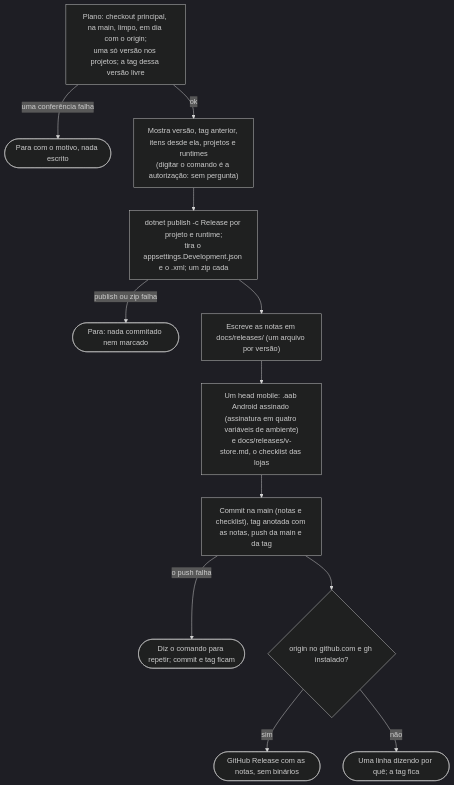
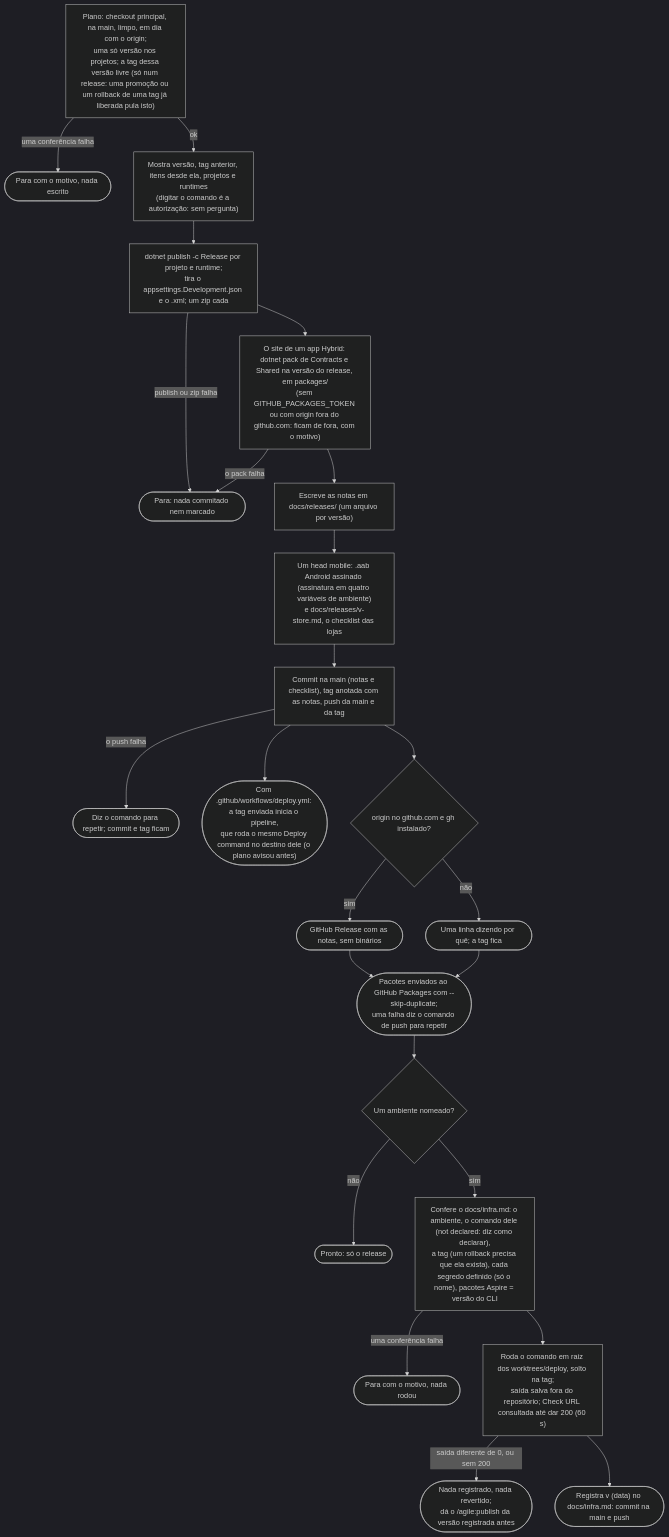
Before and after one commit to alexcanario/simulab: diagram 20 of 20 in docs/agile/workflow.pt-BR.md, drawn with Mermaid (dark theme). The commit also changed other lines of this file and 11 other files, not shown here.

````diff
--- a/docs/agile/workflow.pt-BR.md
+++ b/docs/agile/workflow.pt-BR.md
@@ -2307,14 +2519,26 @@
 ```mermaid
 flowchart TD
-    A["Plano: checkout principal, na main, limpo, em dia com o origin;<br/>uma só versão nos projetos; a tag dessa versão livre"] -->|"uma conferência falha"| A1(["Para com o motivo, nada escrito"])
+    A["Plano: checkout principal, na main, limpo, em dia com o origin;<br/>uma só versão nos projetos; a tag dessa versão livre (só num release: uma promoção ou um rollback de uma tag já liberada pula isto)"] -->|"uma conferência falha"| A1(["Para com o motivo, nada escrito"])
     A -->|ok| B["Mostra versão, tag anterior, itens desde ela, projetos e runtimes<br/>(digitar o comando é a autorização: sem pergunta)"]
     B --> C["dotnet publish -c Release por projeto e runtime;<br/>tira o appsettings.Development.json e o .xml; um zip cada"]
     C -->|"publish ou zip falha"| C1(["Para: nada commitado nem marcado"])
-    C --> D["Escreve as notas em docs/releases/ (um arquivo por versão)"]
+    C --> C2["O site de um app Hybrid: dotnet pack de Contracts e Shared na versão do release, em packages/<br/>(sem GITHUB_PACKAGES_TOKEN ou com origin fora do github.com: ficam de fora, com o motivo)"]
+    C2 -->|"o pack falha"| C1
+    C2 --> D["Escreve as notas em docs/releases/ (um arquivo por versão)"]
     D --> D2["Um head mobile: .aab Android assinado (assinatura em quatro variáveis de ambiente)<br/>e docs/releases/v<Versão>-store.md, o checklist das lojas"]
     D2 --> E["Commit na main (notas e checklist), tag anotada com as notas, push da main e da tag"]
     E -->|"o push falha"| E1(["Diz o comando para repetir; commit e tag ficam"])
+    E --> E2(["Com .github/workflows/deploy.yml: a tag enviada inicia o pipeline,<br/>que roda o mesmo Deploy command no destino dele (o plano avisou antes)"])
     E --> F{"origin no github.com e gh instalado?"}
     F -->|sim| G(["GitHub Release com as notas, sem binários"])
     F -->|não| H(["Uma linha dizendo por quê; a tag fica"])
+    G --> I(["Pacotes enviados ao GitHub Packages com --skip-duplicate;<br/>uma falha diz o comando de push para repetir"])
+    H --> I
+    I --> J{"Um ambiente nomeado?"}
+    J -->|não| J0(["Pronto: só o release"])
+    J -->|sim| K["Confere o docs/infra.md: o ambiente, o comando dele (not declared: diz como declarar),<br/>a tag (um rollback precisa que ela exista), cada segredo definido (só o nome), pacotes Aspire = versão do CLI"]
+    K -->|"uma conferência falha"| K1(["Para com o motivo, nada rodou"])
+    K --> L["Roda o comando em raiz dos worktrees/deploy, solto na tag;<br/>saída salva fora do repositório; Check URL consultada até dar 200 (60 s)"]
+    L -->|"saída diferente de 0, ou sem 200"| L1(["Nada registrado, nada revertido;<br/>dá o /agile:publish da versão registrada antes"])
+    L --> M(["Registra v<x.y.z> (data) no docs/infra.md: commit na main e push"])
 ```
````
